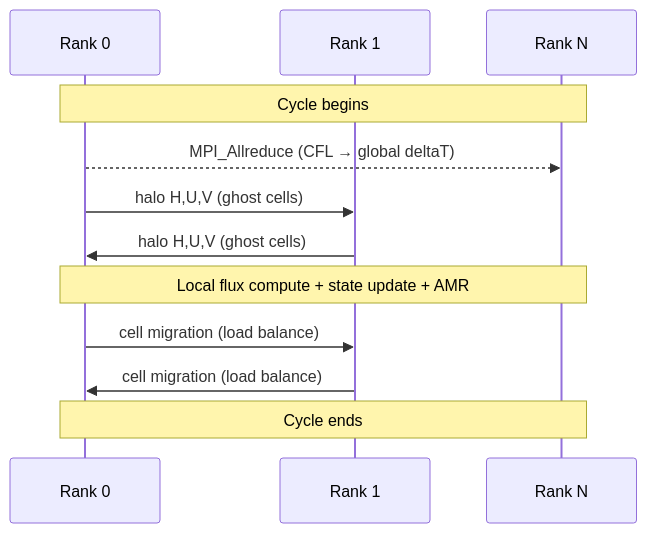
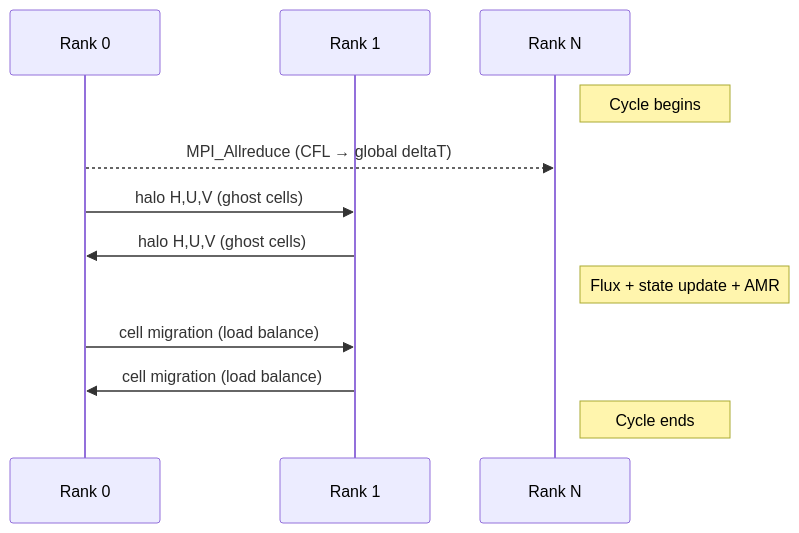
One commit to ngduchai/guard-agent changed the second of 3 diagrams in tests/apps/docs/CLAMR/README.md. Above: the diagram before and after it, drawn with Mermaid. The commit also changed other lines of this file and 43 other files, not shown here.

````diff
--- a/tests/apps/docs/CLAMR/README.md
+++ b/tests/apps/docs/CLAMR/README.md
@@ -102,15 +102,15 @@
 ```mermaid
 sequenceDiagram
     participant R0 as Rank 0
     participant R1 as Rank 1
     participant RN as Rank N
 
-    Note over R0,RN: Cycle begins
+    Note right of RN: Cycle begins
     R0-->>RN: MPI_Allreduce (CFL → global deltaT)
     R0->>R1: halo H,U,V (ghost cells)
     R1->>R0: halo H,U,V (ghost cells)
-    Note over R0,RN: Local flux compute + state update + AMR
+    Note right of RN: Flux + state update + AMR
     R0->>R1: cell migration (load balance)
     R1->>R0: cell migration (load balance)
-    Note over R0,RN: Cycle ends
+    Note right of RN: Cycle ends
 ```
````
